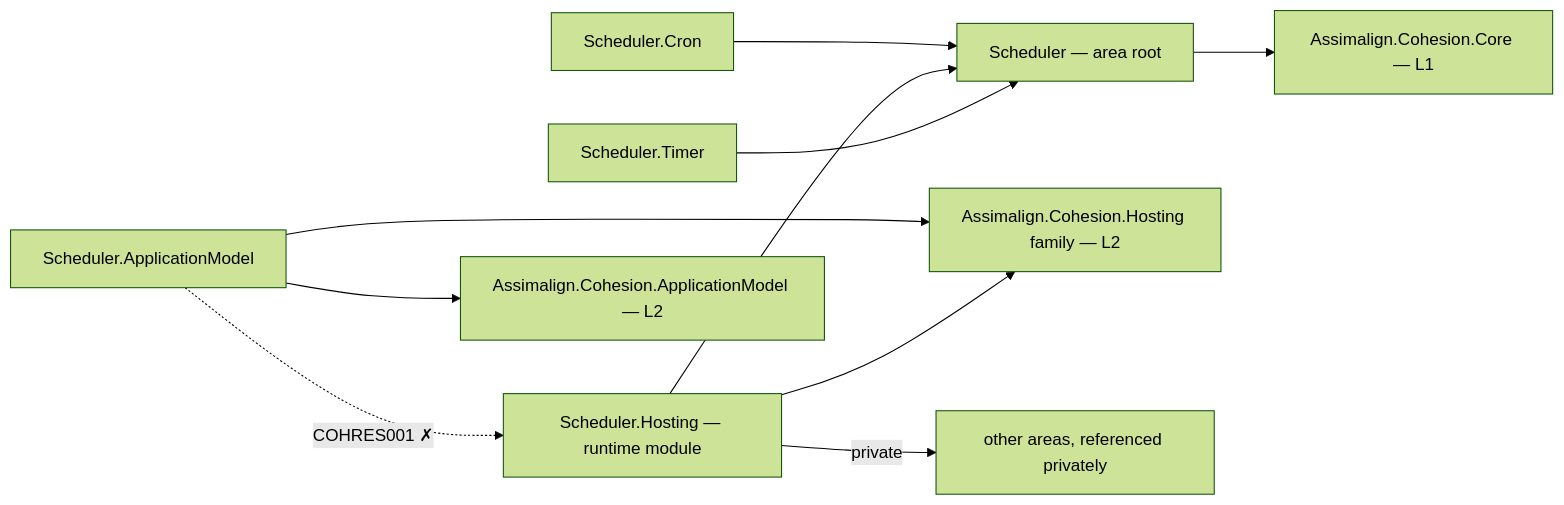
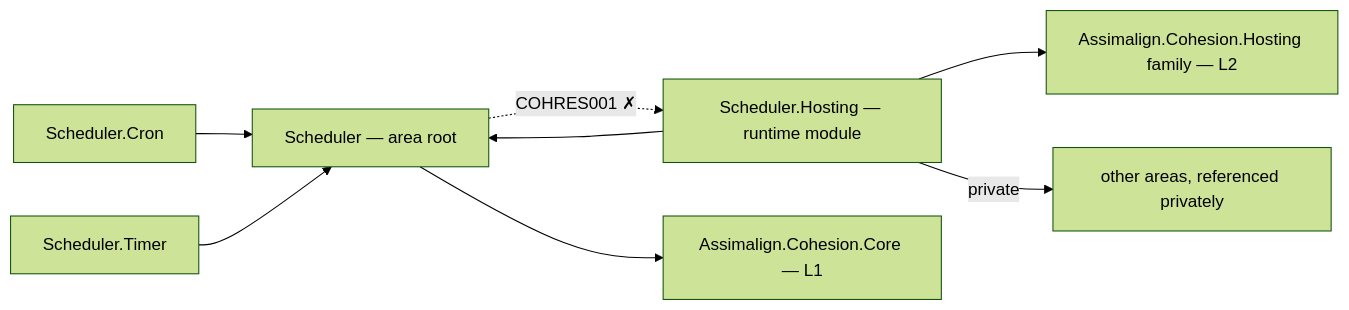
The diagram in resources/Scheduler/README.md (assimalign/cohesion), drawn with Mermaid (forest theme) before and after one commit. The commit also changed other lines of this file and 441 other files, not shown here.

````diff
--- a/resources/Scheduler/README.md
+++ b/resources/Scheduler/README.md
@@ -12,21 +12,17 @@
 ```mermaid
 flowchart LR
     P0["Scheduler — area root"]
-    P1["Scheduler.ApplicationModel"]
     P2["Scheduler.Cron"]
     P3["Scheduler.Hosting — runtime module"]
     P4["Scheduler.Timer"]
     CORE["Assimalign.Cohesion.Core — L1"]
     HOSTFAM["Assimalign.Cohesion.Hosting family — L2"]
-    APPMODEL["Assimalign.Cohesion.ApplicationModel — L2"]
     PRIV["other areas, referenced privately"]
     P0 --> CORE
-    P1 --> APPMODEL
-    P1 --> HOSTFAM
     P2 --> P0
     P3 --> HOSTFAM
     P3 --> P0
     P3 -->|"private"| PRIV
     P4 --> P0
-    P1 -.->|"COHRES001 ✗"| P3
+    P0 -.->|"COHRES001 ✗"| P3
 ```
````
